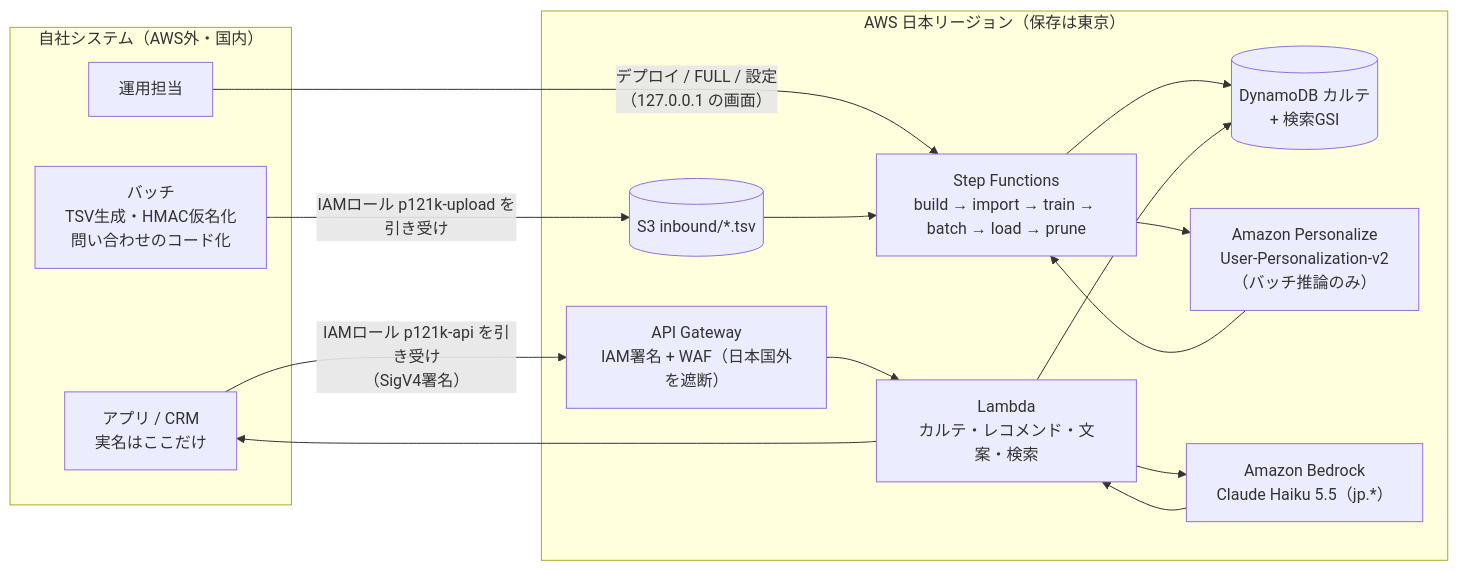
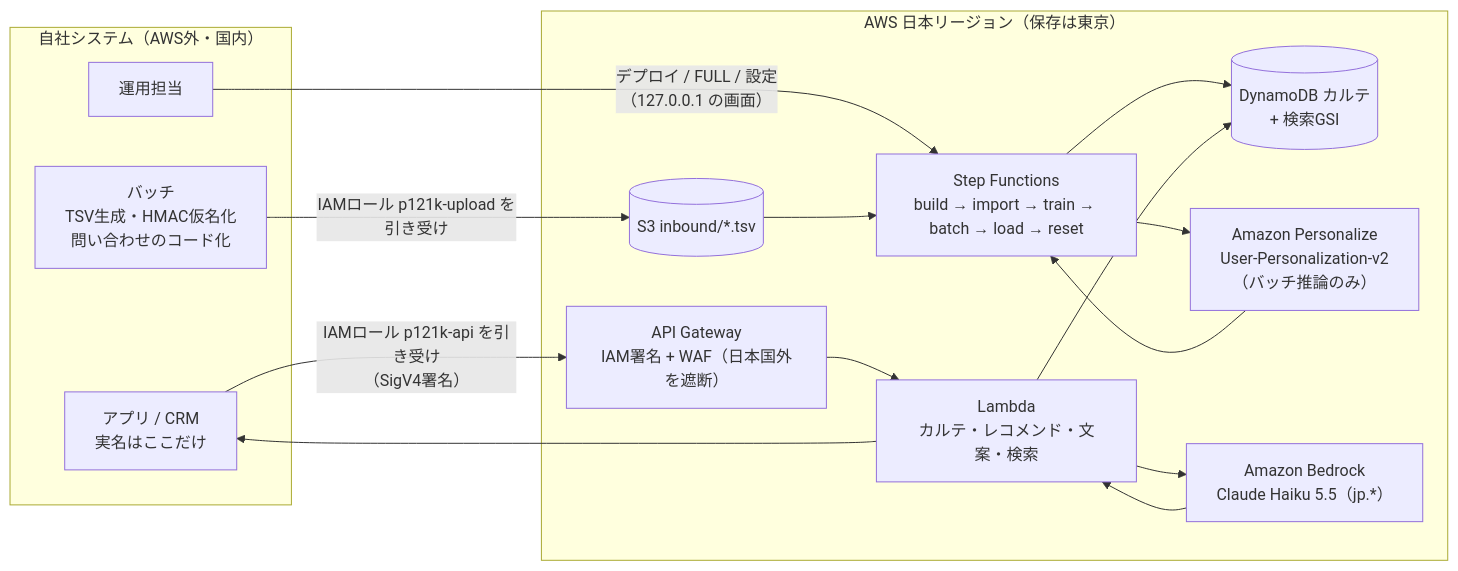
The diagram in README.md (okamoto53515606/p121k), drawn with Mermaid before and after one commit. The commit also changed 4 other files, not shown here.

First line of the commit message:
Fix the Personalize cleanup step: reset the solution, not its versions

````diff
--- a/README.md
+++ b/README.md
@@ -60,31 +60,31 @@
 ```mermaid
 flowchart LR
   subgraph corp["自社システム（AWS外・国内）"]
     batch["バッチ<br/>TSV生成・HMAC仮名化<br/>問い合わせのコード化"]
     app["アプリ / CRM<br/>実名はここだけ"]
     ops["運用担当"]
   end
 
   subgraph aws["AWS 日本リージョン（保存は東京）"]
     s3in[("S3 inbound/*.tsv")]
-    sfn["Step Functions<br/>build → import → train → batch → load → prune"]
+    sfn["Step Functions<br/>build → import → train → batch → load → reset"]
     karte[("DynamoDB カルテ<br/>+ 検索GSI")]
     pers["Amazon Personalize<br/>User-Personalization-v2<br/>（バッチ推論のみ）"]
     apigw["API Gateway<br/>IAM署名 + WAF（日本国外を遮断）"]
     fn["Lambda<br/>カルテ・レコメンド・文案・検索"]
     bedrock["Amazon Bedrock<br/>Claude Haiku 5.5（jp.*）"]
   end
 
   ops -- "デプロイ / FULL / 設定<br/>（127.0.0.1 の画面）" --> sfn
   batch -- "IAMロール p121k-upload を引き受け" --> s3in
   s3in --> sfn
   sfn --> karte
   sfn --> pers
   pers --> sfn
   app -- "IAMロール p121k-api を引き受け<br/>（SigV4署名）" --> apigw
   apigw --> fn
   fn --> karte
   fn --> bedrock
   bedrock --> fn
   fn --> app
 ```
````
